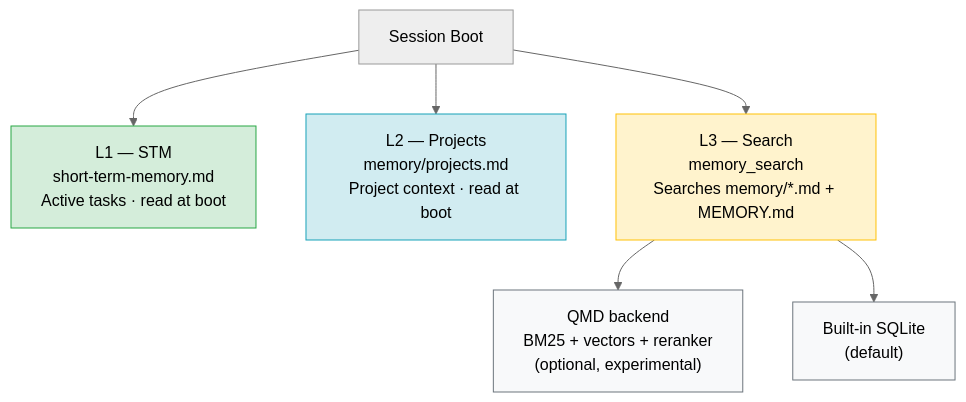
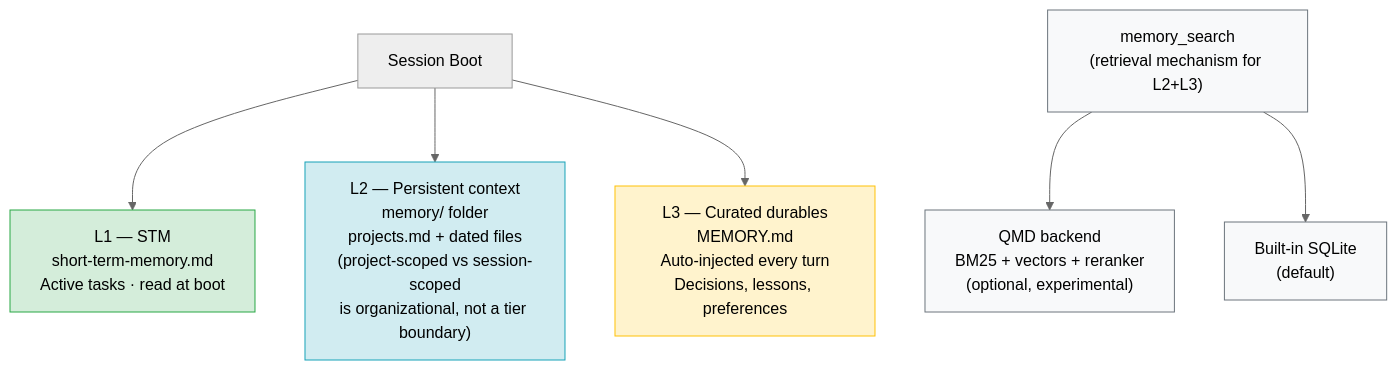
The second of 4 diagrams in others/openclaw/openclaw-anthropic-guide.md (johanesalxd/random-stuff), drawn with Mermaid (neutral theme) before and after one commit. The commit also changed other lines of this file, not shown here.

````diff
--- a/others/openclaw/openclaw-anthropic-guide.md
+++ b/others/openclaw/openclaw-anthropic-guide.md
@@ -135,15 +170,16 @@
 ```mermaid
 graph TD
     Boot["Session Boot"] --> L1["L1 — STM\nshort-term-memory.md\nActive tasks · read at boot"]
-    Boot --> L2["L2 — Projects\nmemory/projects.md\nProject context · read at boot"]
-    Boot --> L3["L3 — Search\nmemory_search\nSearches memory/*.md + MEMORY.md"]
+    Boot --> L2["L2 — Persistent context\nmemory/ folder\nprojects.md + dated files\n(project-scoped vs session-scoped\nis organizational, not a tier boundary)"]
+    Boot --> L3["L3 — Curated durables\nMEMORY.md\nAuto-injected every turn\nDecisions, lessons, preferences"]
 
-    L3 --> QMD["QMD backend\nBM25 + vectors + reranker\n(optional, experimental)"]
-    L3 --> SQLite["Built-in SQLite\n(default)"]
+    Recall["memory_search\n(retrieval mechanism for L2+L3)"] --> QMD["QMD backend\nBM25 + vectors + reranker\n(optional, experimental)"]
+    Recall --> SQLite["Built-in SQLite\n(default)"]
 
     style L1 fill:#d4edda,stroke:#28a745
     style L2 fill:#d1ecf1,stroke:#17a2b8
     style L3 fill:#fff3cd,stroke:#ffc107
+    style Recall fill:#f8f9fa,stroke:#6c757d
     style QMD fill:#f8f9fa,stroke:#6c757d
     style SQLite fill:#f8f9fa,stroke:#6c757d
 ```
````
